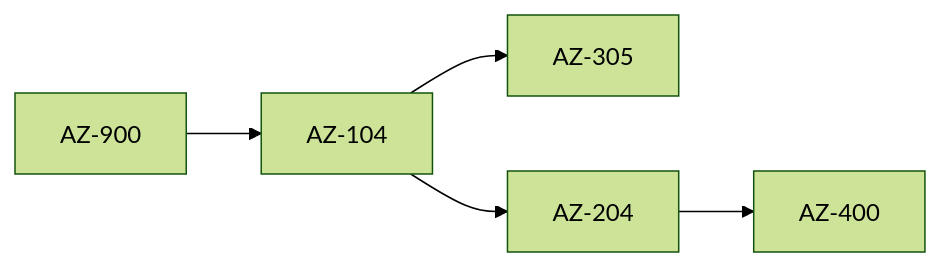
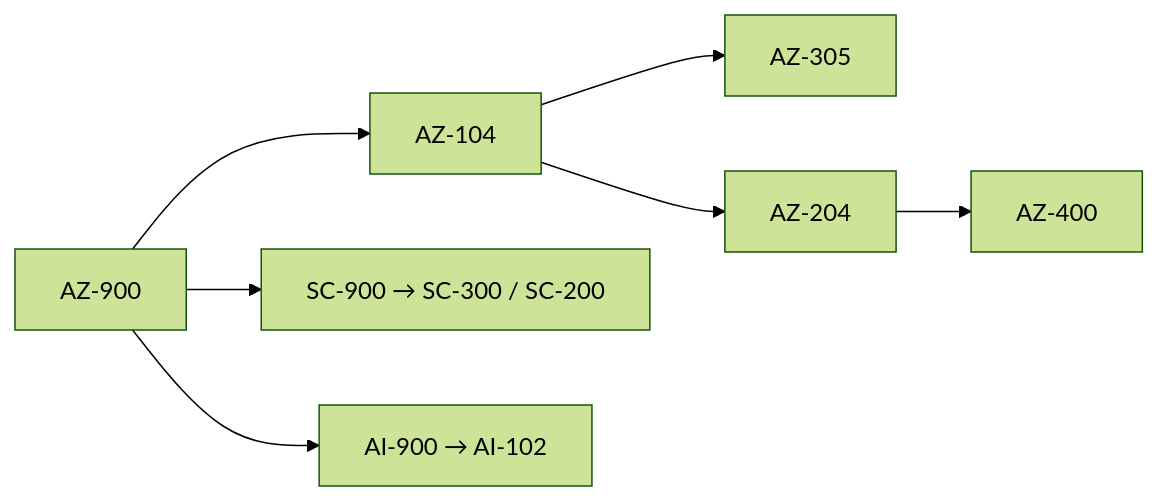
The diagram in src/assets/knowledge/playbooks/azure/azure-certification-roadmap.md (passion-Infinity/personal-tech-playbook), drawn with Mermaid (forest theme) before and after one commit. The commit also changed other lines of this file and 2 other files, not shown here.

First line of the commit message:
Deep-dive rewrite: Azure App Service/APIM and certification roadmap (Azure topic complete)

````diff
--- a/src/assets/knowledge/playbooks/azure/azure-certification-roadmap.md
+++ b/src/assets/knowledge/playbooks/azure/azure-certification-roadmap.md
@@ -16,7 +27,9 @@
 ```mermaid
 flowchart LR
     F["AZ-900"] --> A["AZ-104"]
     A --> S["AZ-305"]
     A --> D["AZ-204"]
     D --> O["AZ-400"]
+    F --> SEC["SC-900 → SC-300 / SC-200"]
+    F --> AI["AI-900 → AI-102"]
 ```
````
